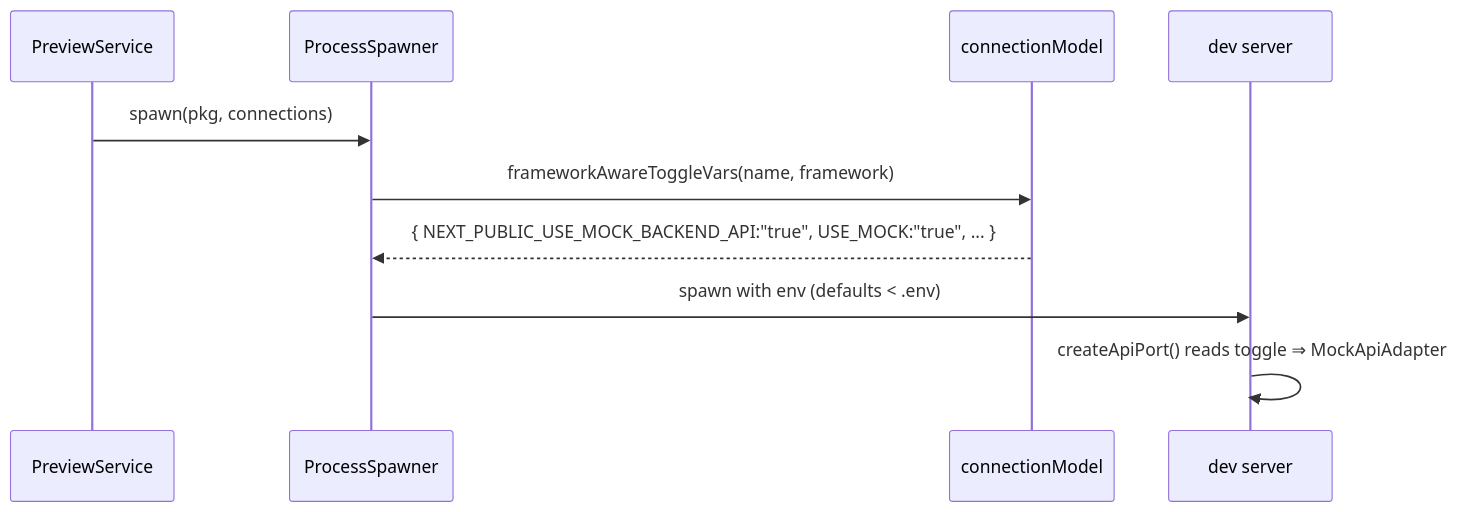
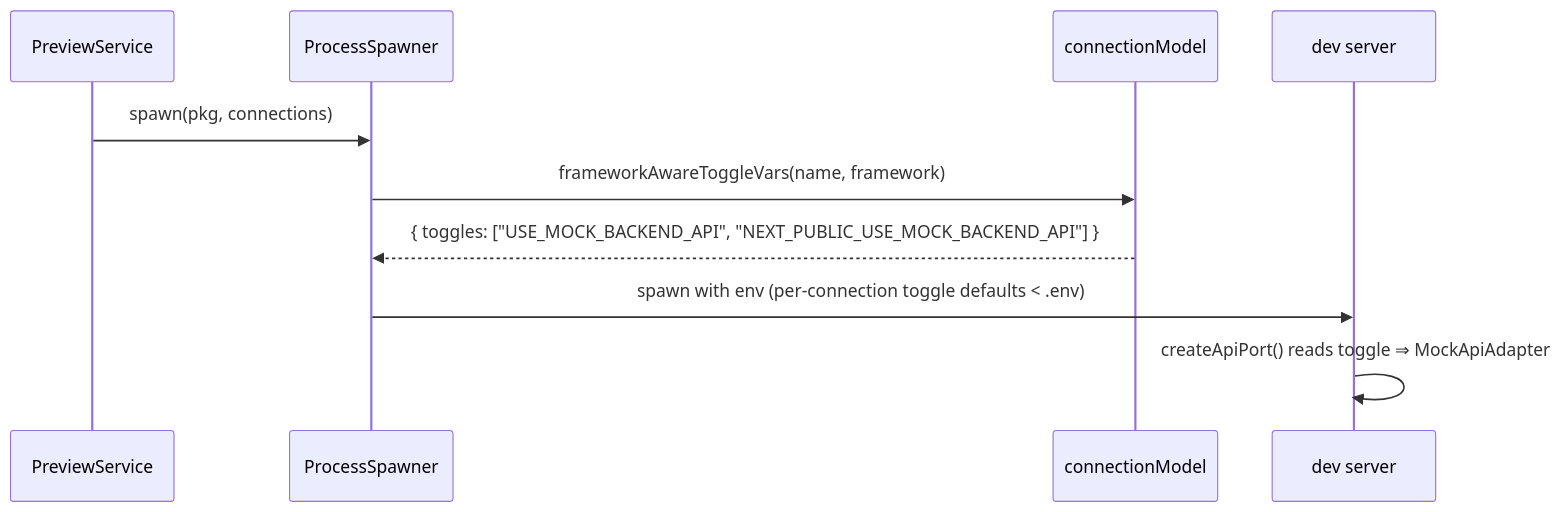
One commit to to-nexus/ant changed the third of 3 diagrams in docs/internals/38-service-virtualization.md. Above: the diagram before and after it, drawn with Mermaid. The commit also changed other lines of this file and 42 other files, not shown here.

First line of the commit message:
feat(preview,sv): wire real/virtual end-to-end — spawn mock-toggle inject, default-ON SV gate, restart-to-apply, edit-preserving refresh

````diff
--- a/docs/internals/38-service-virtualization.md
+++ b/docs/internals/38-service-virtualization.md
@@ -197,12 +208,12 @@
 ```mermaid
 sequenceDiagram
   participant PV as PreviewService
   participant PS as ProcessSpawner
   participant CM as connectionModel
   participant App as dev server
   PV->>PS: spawn(pkg, connections)
   PS->>CM: frameworkAwareToggleVars(name, framework)
-  CM-->>PS: { NEXT_PUBLIC_USE_MOCK_BACKEND_API:"true", USE_MOCK:"true", ... }
-  PS->>App: spawn with env (defaults < .env)
+  CM-->>PS: { toggles: ["USE_MOCK_BACKEND_API", "NEXT_PUBLIC_USE_MOCK_BACKEND_API"] }
+  PS->>App: spawn with env (per-connection toggle defaults < .env)
   App->>App: createApiPort() reads toggle ⇒ MockApiAdapter
 ```
````
